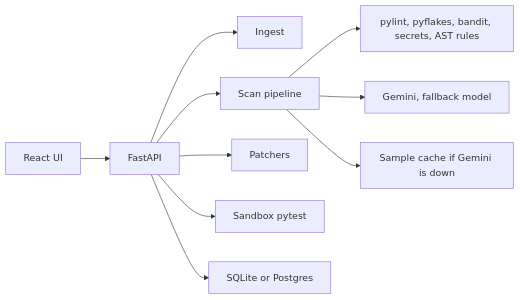
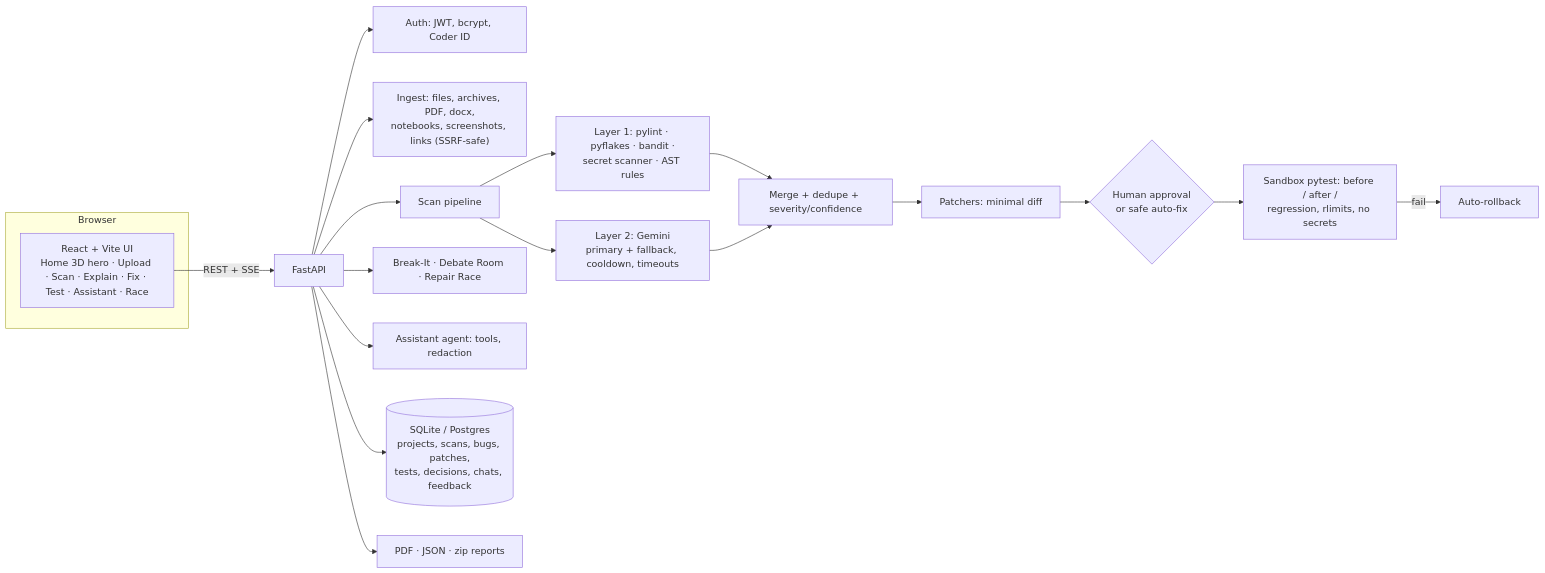
The diagram in README.md (shrinidhigowda2010/autopatch), drawn with Mermaid before and after one commit. The commit also changed other lines of this file and 27 other files, not shown here.

First line of the commit message:
Gemini-style assistant, 3D hero polish, loading states and judge-ready docs

````diff
--- a/README.md
+++ b/README.md
@@ -79,12 +43,22 @@
 ```mermaid
 flowchart LR
-  UI["React UI"] --> API["FastAPI"]
-  API --> Ingest["Ingest"]
-  API --> Scan["Scan pipeline"]
-  Scan --> Static["pylint, pyflakes, bandit, secrets, AST rules"]
-  Scan --> Gemini["Gemini, fallback model"]
-  Scan --> Cache["Sample cache if Gemini is down"]
-  API --> Patch["Patchers"]
-  API --> Sandbox["Sandbox pytest"]
-  API --> DB["SQLite or Postgres"]
+  subgraph Browser
+    UI["React + Vite UI<br/>Home 3D hero · Upload · Scan · Explain · Fix · Test · Assistant · Race"]
+  end
+  UI -- "REST + SSE" --> API["FastAPI"]
+  API --> Auth["Auth: JWT, bcrypt, Coder ID"]
+  API --> Ingest["Ingest: files, archives, PDF, docx,<br/>notebooks, screenshots, links (SSRF-safe)"]
+  API --> Pipeline["Scan pipeline"]
+  Pipeline --> Static["Layer 1: pylint · pyflakes · bandit ·<br/>secret scanner · AST rules"]
+  Pipeline --> Gemini["Layer 2: Gemini<br/>primary + fallback, cooldown, timeouts"]
+  Static --> Merge["Merge + dedupe + severity/confidence"]
+  Gemini --> Merge
+  Merge --> Patch["Patchers: minimal diff"]
+  Patch --> Approve{"Human approval<br/>or safe auto-fix"}
+  Approve --> Sandbox["Sandbox pytest: before / after /<br/>regression, rlimits, no secrets"]
+  Sandbox -- "fail" --> Rollback["Auto-rollback"]
+  API --> Arena["Break-It · Debate Room · Repair Race"]
+  API --> Agent["Assistant agent: tools, redaction"]
+  API --> DB[("SQLite / Postgres<br/>projects, scans, bugs, patches,<br/>tests, decisions, chats, feedback")]
+  API --> Export["PDF · JSON · zip reports"]
 ```
````
